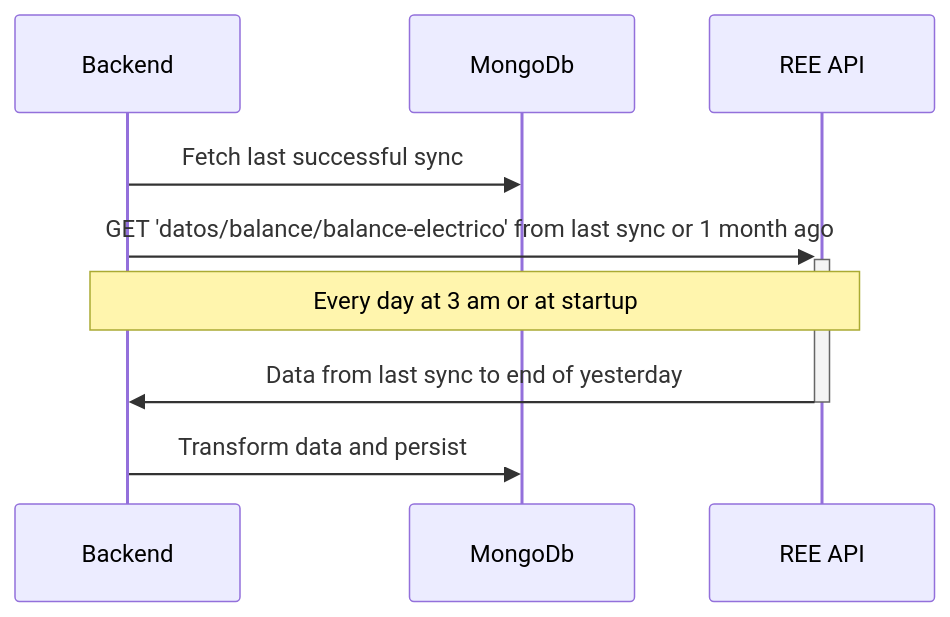
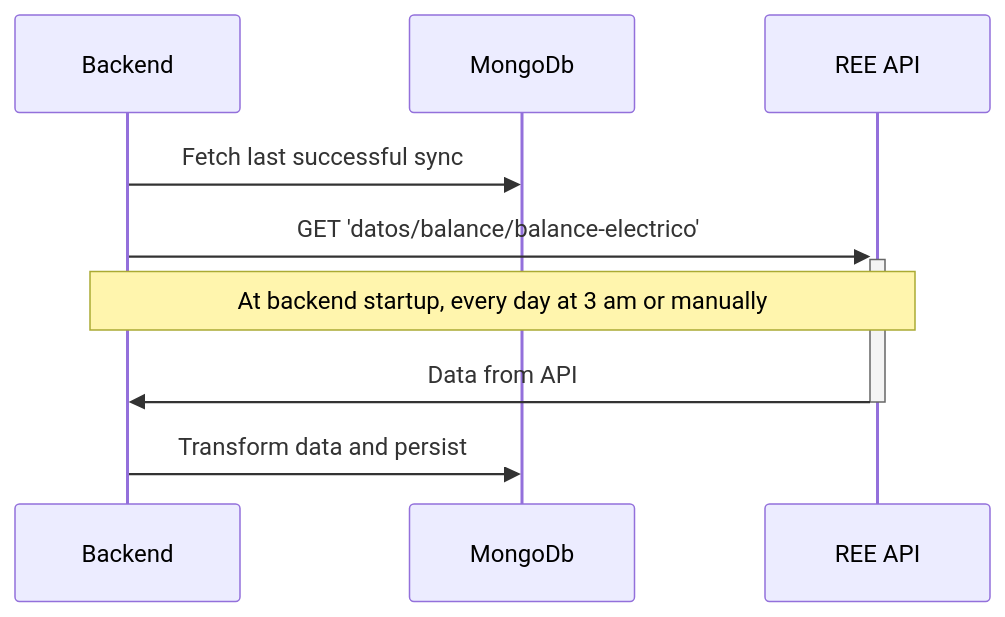
One commit to alexarraiza/fullstack-tech-test changed the first of 2 diagrams in README.md. Above: the diagram before and after it, drawn with Mermaid.

Commit message:
improve pipeline diagram readability

````diff
--- a/README.md
+++ b/README.md
@@ -32,8 +32,8 @@
 ```mermaid
 sequenceDiagram
 Backend->>MongoDb: Fetch last successful sync
-Backend->>+REE API: GET 'datos/balance/balance-electrico' from last sync or 1 month ago
-Note over Backend, REE API: Every day at 3 am or at startup
-REE API->>-Backend: Data from last sync to end of yesterday
+Backend->>+REE API: GET 'datos/balance/balance-electrico'
+Note over Backend, REE API: At backend startup, every day at 3 am or manually
+REE API->>-Backend: Data from API
 Backend->>MongoDb: Transform data and persist
 ```
````
